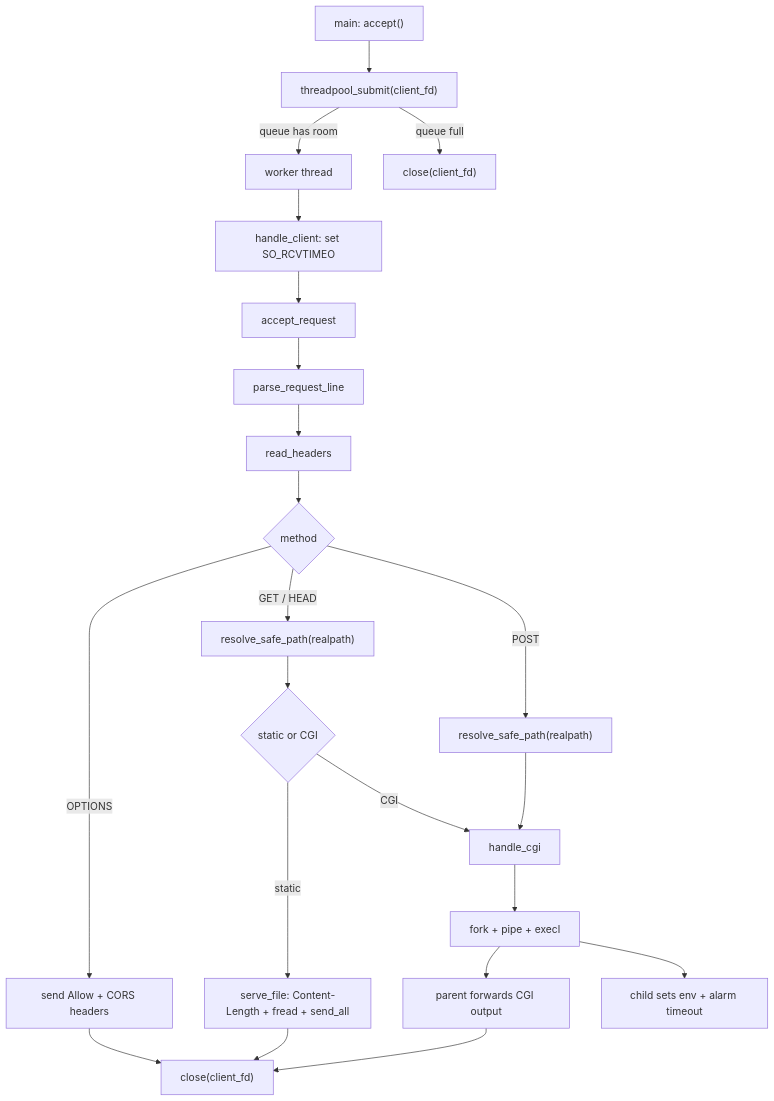
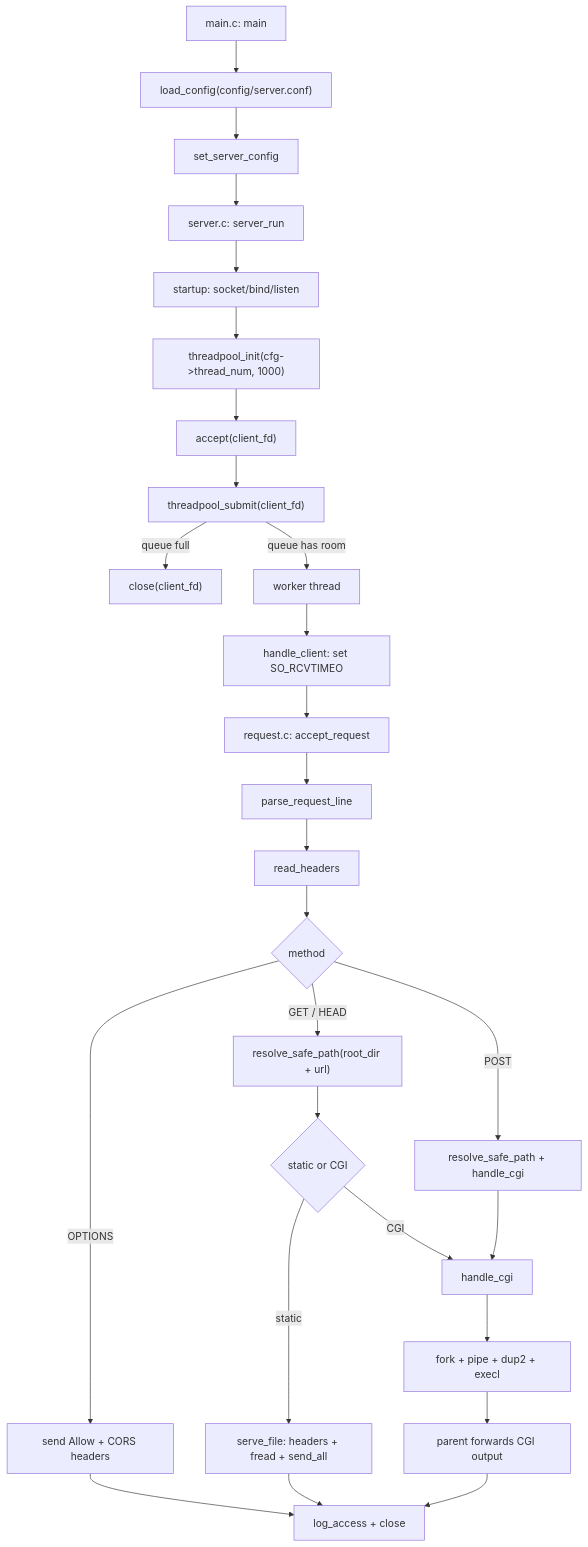
Before and after one commit to Harmonia0908/tinyhttpd-plus: the diagram in README.md, drawn with Mermaid. The commit also changed other lines of this file, not shown here.

````diff
--- a/README.md
+++ b/README.md
@@ -71,24 +135,29 @@
 ```mermaid
 flowchart TD
-    A["main: accept()"] --> B["threadpool_submit(client_fd)"]
-    B -->|queue has room| C["worker thread"]
-    B -->|queue full| Z["close(client_fd)"]
-    C --> D["handle_client: set SO_RCVTIMEO"]
-    D --> E["accept_request"]
-    E --> F["parse_request_line"]
-    F --> G["read_headers"]
-    G --> H{"method"}
-    H -->|OPTIONS| I["send Allow + CORS headers"]
-    H -->|GET / HEAD| J["resolve_safe_path(realpath)"]
-    H -->|POST| K["resolve_safe_path(realpath)"]
-    J --> L{"static or CGI"}
-    L -->|static| M["serve_file: Content-Length + fread + send_all"]
-    L -->|CGI| N["handle_cgi"]
-    K --> N
-    N --> O["fork + pipe + execl"]
-    O --> P["parent forwards CGI output"]
-    O --> Q["child sets env + alarm timeout"]
-    M --> R["close(client_fd)"]
-    I --> R
-    P --> R
+    A["main.c: main"] --> B["load_config(config/server.conf)"]
+    B --> C["set_server_config"]
+    C --> D["server.c: server_run"]
+    D --> E["startup: socket/bind/listen"]
+    E --> F["threadpool_init(cfg->thread_num, 1000)"]
+    F --> G["accept(client_fd)"]
+    G --> H["threadpool_submit(client_fd)"]
+    H -->|queue full| Z["close(client_fd)"]
+    H -->|queue has room| I["worker thread"]
+    I --> J["handle_client: set SO_RCVTIMEO"]
+    J --> K["request.c: accept_request"]
+    K --> L["parse_request_line"]
+    L --> M["read_headers"]
+    M --> N{"method"}
+    N -->|OPTIONS| O["send Allow + CORS headers"]
+    N -->|GET / HEAD| P["resolve_safe_path(root_dir + url)"]
+    N -->|POST| Q["resolve_safe_path + handle_cgi"]
+    P --> R{"static or CGI"}
+    R -->|static| S["serve_file: headers + fread + send_all"]
+    R -->|CGI| T["handle_cgi"]
+    Q --> T
+    T --> U["fork + pipe + dup2 + execl"]
+    U --> V["parent forwards CGI output"]
+    O --> W["log_access + close"]
+    S --> W
+    V --> W
 ```
````
